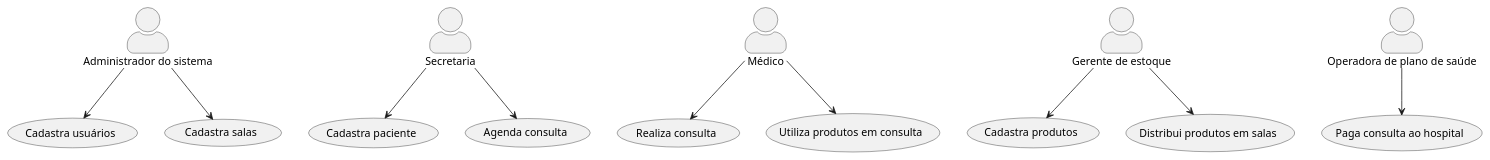
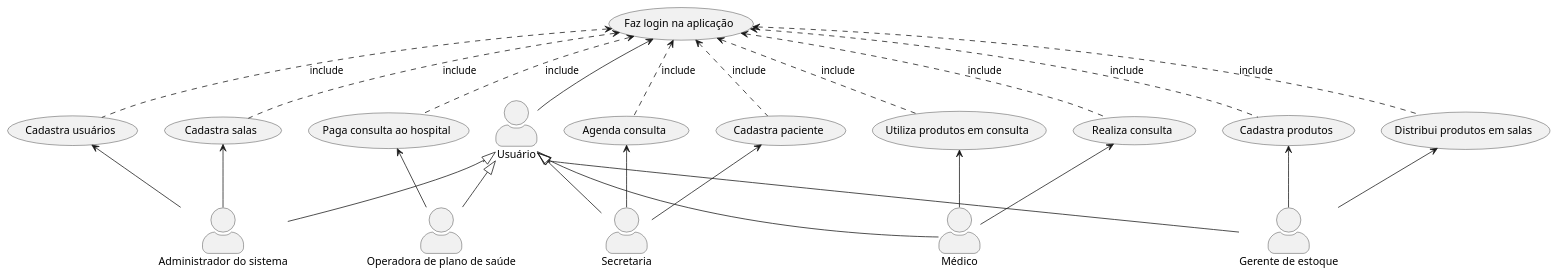
The diagram in docs/use-cases.puml (vaniacourses/projeto-software-robson-caetano), drawn with PlantUML before and after one commit.

Commit message:
docs: login usecase

```diff
--- a/docs/use-cases.puml
+++ b/docs/use-cases.puml
@@ -1,36 +1,55 @@
 @startuml
 
 skinparam actorStyle awesome
 
 "Administrador do sistema" as admin
 Secretaria as secretaria
 Médico as medico
 "Gerente de estoque" as gerente
 "Operadora de plano de saúde" as operadora
+"Usuário" as usuario
 
 "Cadastra usuários" as (cadastra usuarios)
 "Cadastra salas" as (cadastra salas)
 
 "Cadastra produtos" as (cadastra produtos)
 "Distribui produtos em salas" as (distribui produtos)
 "Cadastra paciente" as (cadastra paciente)
 "Agenda consulta" as (agenda consulta)
 "Realiza consulta" as (realiza consulta)
 "Utiliza produtos em consulta" as (usa produtos)
 "Paga consulta ao hospital" as (paga consulta)
+"Faz login na aplicação" as (login)
 
-admin --> (cadastra usuarios)
-admin --> (cadastra salas)
+usuario <|-- admin
+usuario <|-- secretaria
+usuario <|-- medico
+usuario <|-- gerente
+usuario <|-- operadora
 
-gerente --> (cadastra produtos)
-gerente --> (distribui produtos)
+usuario -up-> (login)
 
-secretaria --> (cadastra paciente)
-secretaria --> (agenda consulta)
+admin -up-> (cadastra usuarios)
+admin -up-> (cadastra salas)
+(cadastra usuarios) .up.> (login) : include
+(cadastra salas) .up.> (login) : include
 
-medico --> (realiza consulta) 
-medico --> (usa produtos)
+gerente -up-> (cadastra produtos)
+gerente -up-> (distribui produtos)
+(cadastra produtos) .up.> (login) : include
+(distribui produtos) .up.> (login) : include
 
-operadora --> (paga consulta)
+secretaria -up-> (cadastra paciente)
+secretaria -up-> (agenda consulta)
+(cadastra paciente) .up.> (login) : include
+(agenda consulta) .up.> (login) : include
+
+medico -up-> (realiza consulta) 
+medico -up-> (usa produtos)
+(realiza consulta) .up.> (login) : include
+(usa produtos) .up.> (login) : include
+
+operadora -up-> (paga consulta)
+(paga consulta) .up.> (login) : include
 
 @enduml
```
